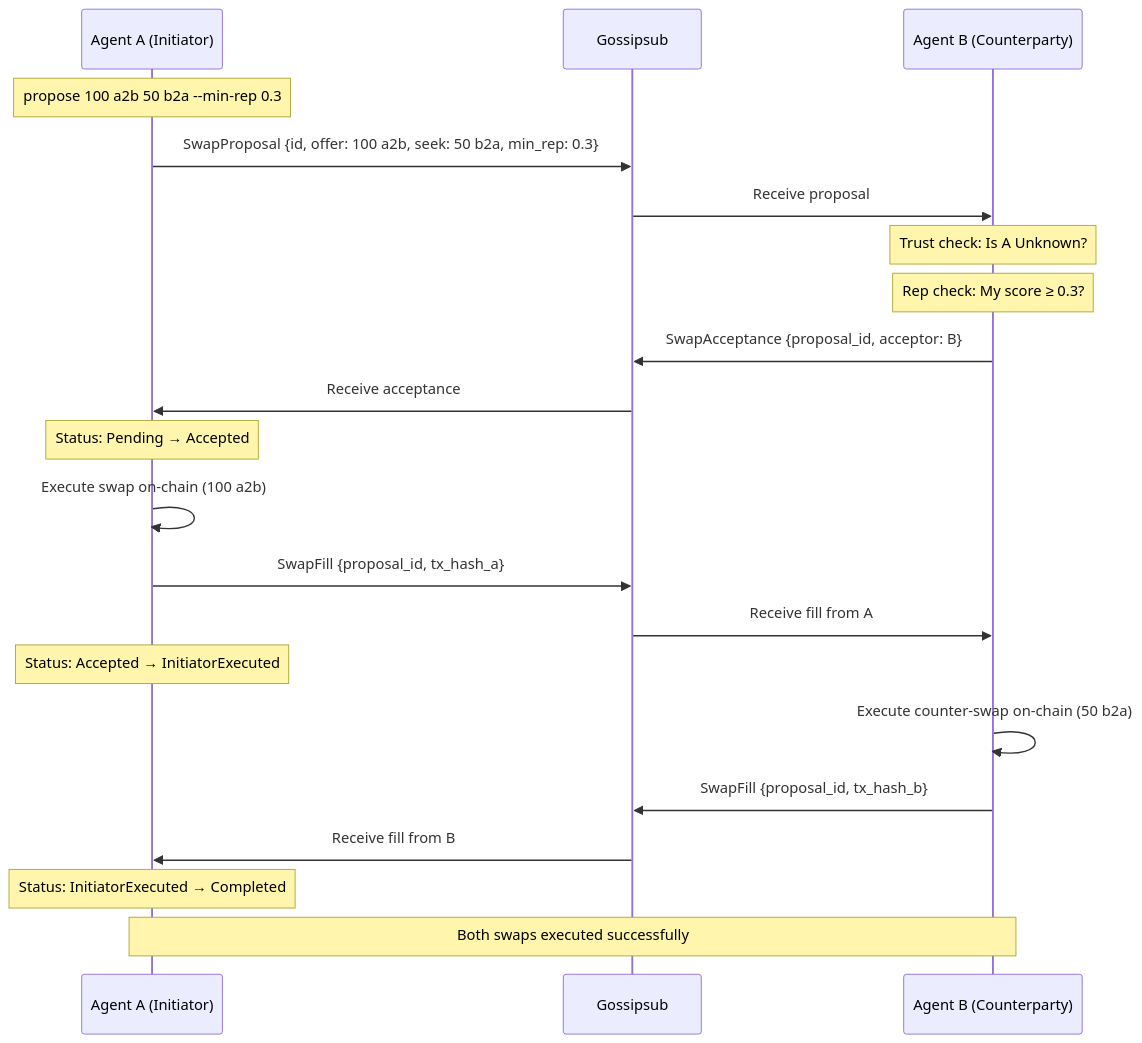
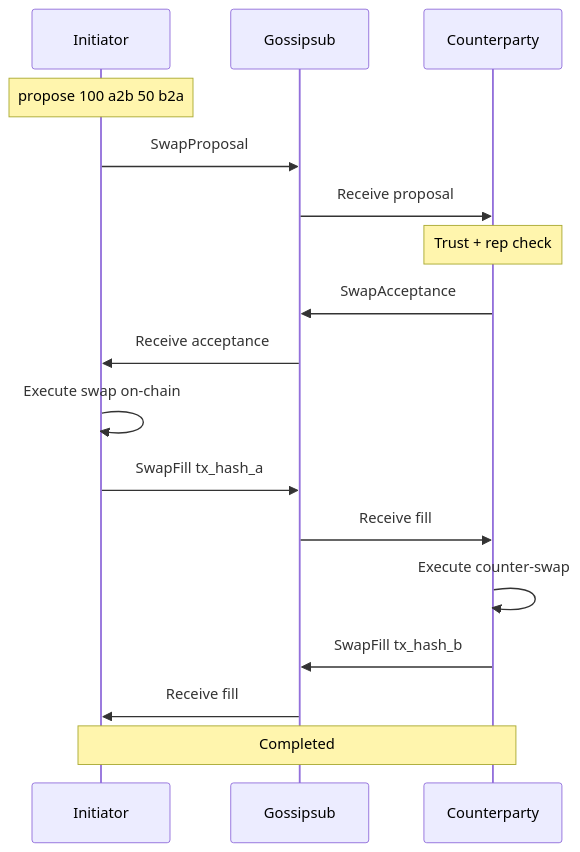
Before and after one commit to Patrick-Ehimen/libp2p-v4-swap-agents: diagram 11 of 12 in documentation/architecture.md, drawn with Mermaid. The commit also changed other lines of this file, not shown here.

First line of the commit message:
fix: simplify Mermaid diagrams for GitHub rendering

````diff
--- a/documentation/architecture.md
+++ b/documentation/architecture.md
@@ -382,33 +269,26 @@
 ```mermaid
 sequenceDiagram
-    participant A as Agent A (Initiator)
+    participant A as Initiator
     participant GS as Gossipsub
-    participant B as Agent B (Counterparty)
+    participant B as Counterparty
 
-    Note over A: propose 100 a2b 50 b2a --min-rep 0.3
+    Note over A: propose 100 a2b 50 b2a
 
-    A->>GS: SwapProposal {id, offer: 100 a2b, seek: 50 b2a, min_rep: 0.3}
+    A->>GS: SwapProposal
     GS->>B: Receive proposal
 
-    Note over B: Trust check: Is A Unknown?
-    Note over B: Rep check: My score ≥ 0.3?
+    Note over B: Trust + rep check
 
-    B->>GS: SwapAcceptance {proposal_id, acceptor: B}
+    B->>GS: SwapAcceptance
     GS->>A: Receive acceptance
 
-    Note over A: Status: Pending → Accepted
+    A->>A: Execute swap on-chain
+    A->>GS: SwapFill tx_hash_a
+    GS->>B: Receive fill
 
-    A->>A: Execute swap on-chain (100 a2b)
-    A->>GS: SwapFill {proposal_id, tx_hash_a}
-    GS->>B: Receive fill from A
+    B->>B: Execute counter-swap
+    B->>GS: SwapFill tx_hash_b
+    GS->>A: Receive fill
 
-    Note over A: Status: Accepted → InitiatorExecuted
-
-    B->>B: Execute counter-swap on-chain (50 b2a)
-    B->>GS: SwapFill {proposal_id, tx_hash_b}
-    GS->>A: Receive fill from B
-
-    Note over A: Status: InitiatorExecuted → Completed
-
-    Note over A,B: Both swaps executed successfully
+    Note over A,B: Completed
 ```
````
